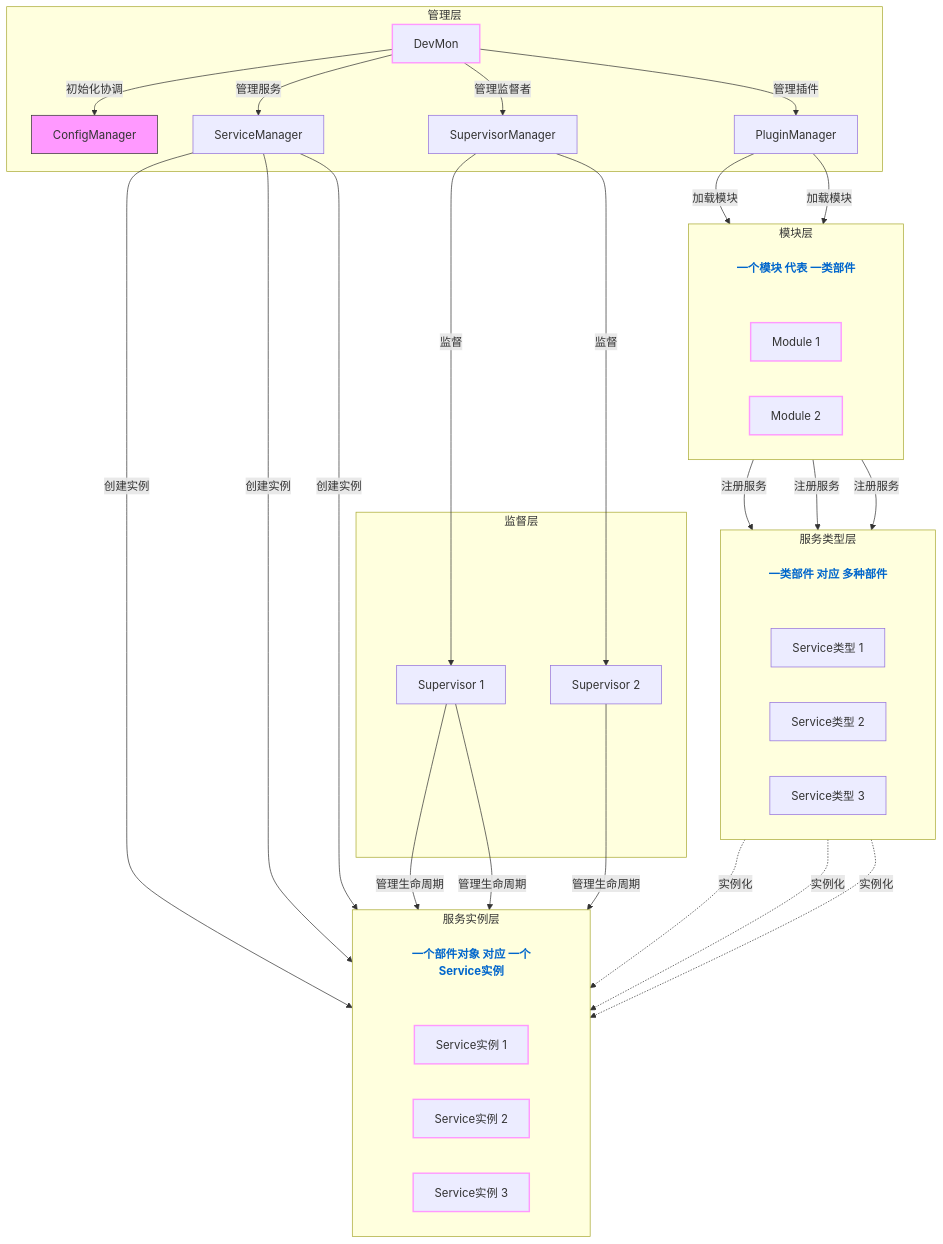
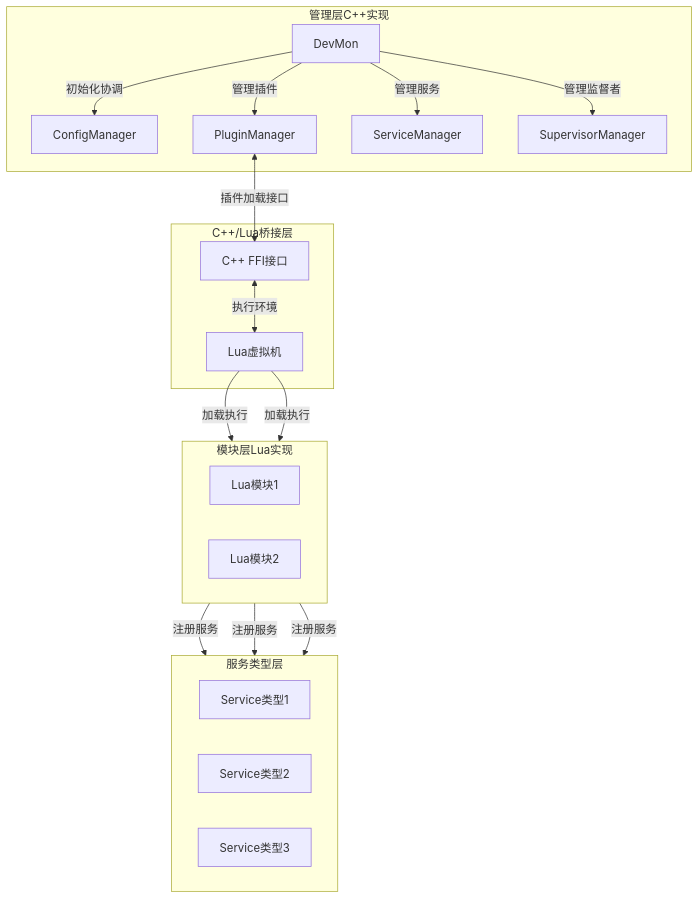
The second of 3 diagrams in docs/1.overview.md (RobertJYang/libmcpp), drawn with Mermaid before and after one commit. The commit also changed other lines of this file, not shown here.

````diff
--- a/docs/1.overview.md
+++ b/docs/1.overview.md
@@ -198,77 +217,44 @@
 ```mermaid
 flowchart TD
     %% 使用子图来减少直接连线
-    subgraph Management [管理层]
+    subgraph Management [管理层C++实现]
         App[DevMon]
         CM[ConfigManager]
         PM[PluginManager]
         SM[ServiceManager]
         SUM[SupervisorManager]
         
         App -->|初始化协调| CM
         App -->|管理插件| PM
         App -->|管理服务| SM
         App -->|管理监督者| SUM
     end
     
-    subgraph ModulesLayer["模块层"]
+    subgraph Bridge [C++/Lua桥接层]
+        LuaVM[Lua虚拟机]
+        FFI[C++ FFI接口]
+        
+        PM <-->|插件加载接口| FFI
+        FFI <-->|执行环境| LuaVM
+    end
+    
+    subgraph ModulesLayer["模块层Lua实现"]
         direction LR
-        ModuleDesc["一个模块 代表 一类部件"]:::description
-        Module1[Module 1]
-        Module2[Module 2]
+        LModule1[Lua模块1]
+        LModule2[Lua模块2]
         
-        PM -->|加载模块| Module1
-        PM -->|加载模块| Module2
+        LuaVM -->|加载执行| LModule1
+        LuaVM -->|加载执行| LModule2
     end
     
     subgraph ServiceTypes [服务类型层]
         direction LR
-        ModuleDesc2["一类部件 对应 多种部件"]:::description
-        Service1[Service类型 1]
-        Service2[Service类型 2]
-        Service3[Service类型 3]
+        Service1[Service类型1]
+        Service2[Service类型2]
+        Service3[Service类型3]
         
-        Module1 -->|注册服务| Service1
-        Module1 -->|注册服务| Service2
-        Module2 -->|注册服务| Service3
+        LModule1 -->|注册服务| Service1
+        LModule1 -->|注册服务| Service2
+        LModule2 -->|注册服务| Service3
     end
-    
-    subgraph Instances [服务实例层]
-        direction LR
-        ModuleDesc3["一个部件对象 对应 一个Service实例"]:::description
-        SI1[Service实例 1]
-        SI2[Service实例 2]
-        SI3[Service实例 3]
-        
-        SM -->|创建实例| SI1
-        SM -->|创建实例| SI2
-        SM -->|创建实例| SI3
-        
-        %% 显示类型与实例的关系
-        Service1 -.->|实例化| SI1
-        Service2 -.->|实例化| SI2
-        Service3 -.->|实例化| SI3
-    end
-    
-    subgraph Supervision [监督层]
-        Supervisor1[Supervisor 1]
-        Supervisor2[Supervisor 2]
-        
-        SUM -->|监督| Supervisor1
-        SUM -->|监督| Supervisor2
-        
-        Supervisor1 -->|管理生命周期| SI1
-        Supervisor1 -->|管理生命周期| SI2
-        Supervisor2 -->|管理生命周期| SI3
-    end
-    
-    %% 配置关系通过颜色标记而非直接连线
-    style CM fill:#f9f,stroke:#333,stroke-width:1px
-    style App stroke:#f9f,stroke-width:2px
-    style Module1 stroke:#f9f,stroke-width:2px
-    style Module2 stroke:#f9f,stroke-width:2px
-    style SI1 stroke:#f9f,stroke-width:2px
-    style SI2 stroke:#f9f,stroke-width:2px
-    style SI3 stroke:#f9f,stroke-width:2px
-    classDef description fill:none,stroke:none,color:#0066cc,font-weight:bold
 ```
````
